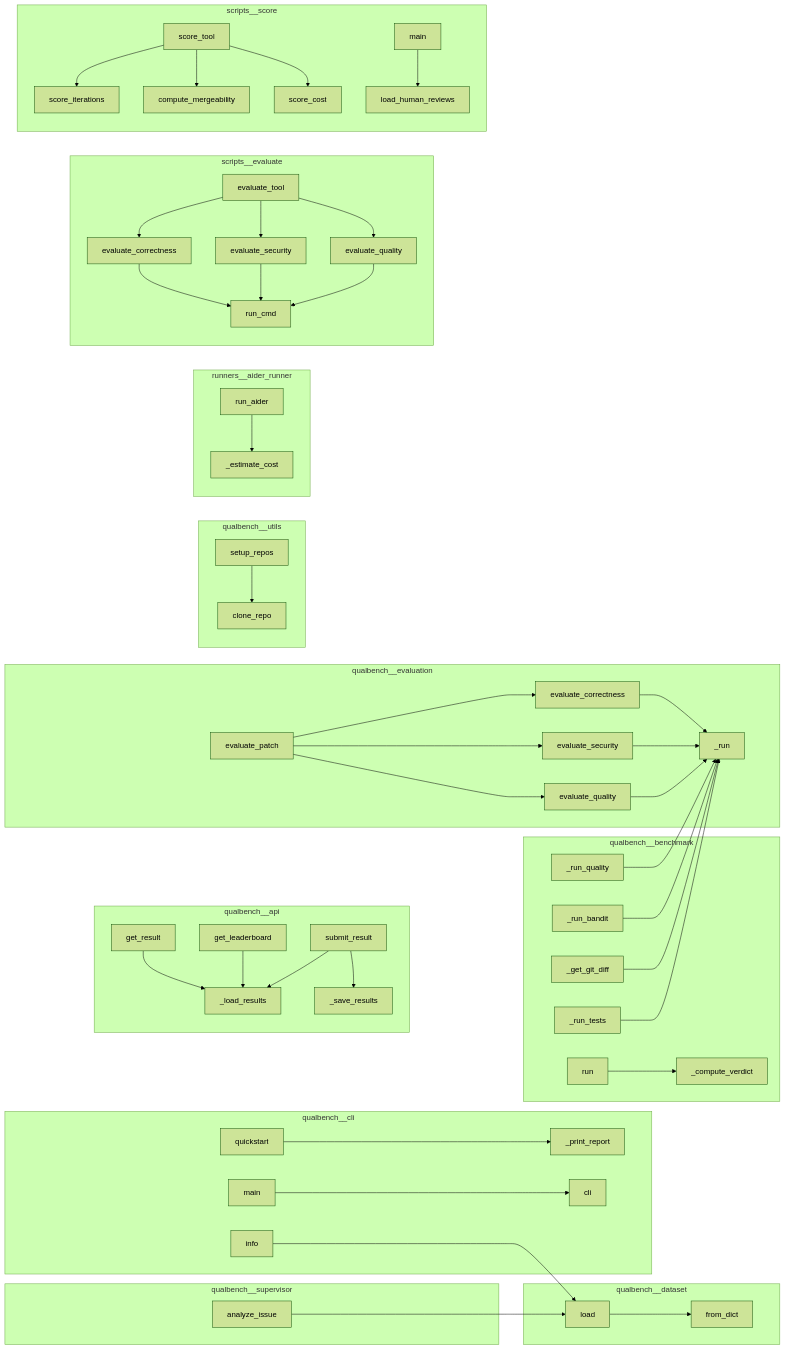
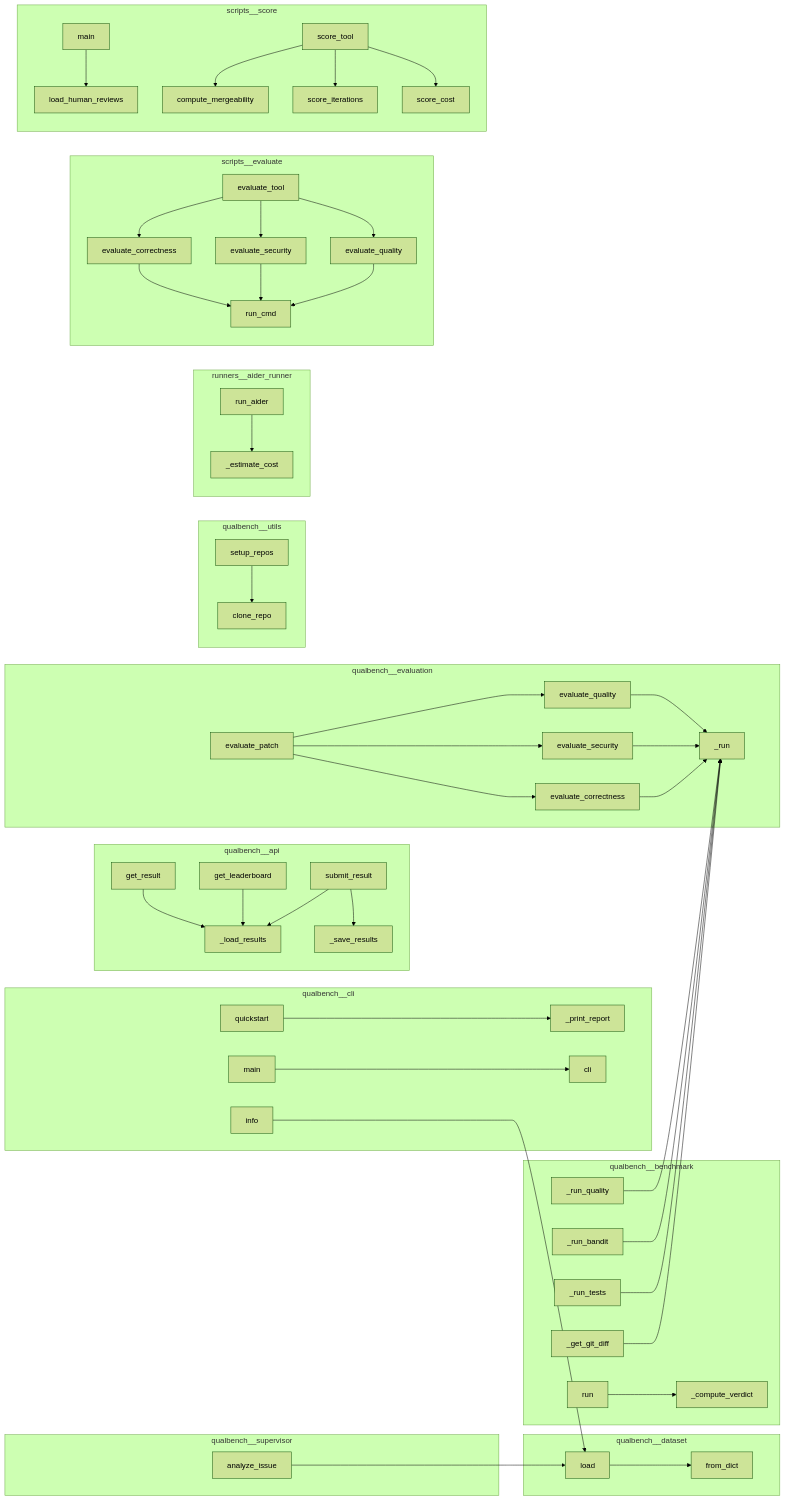
Before and after one commit to semcod/qualbench: the diagram in project/calls.mmd, drawn with Mermaid (forest theme). The commit also changed other lines of this file and 13 other files, not shown here.

```diff
--- a/project/calls.mmd
+++ b/project/calls.mmd
@@ -1,92 +1,92 @@
 flowchart LR
     subgraph qualbench__api
+        qualbench__api__get_leaderboard["get_leaderboard"]
         qualbench__api__get_result["get_result"]
-        qualbench__api__get_leaderboard["get_leaderboard"]
-        qualbench__api__submit_result["submit_result"]
         qualbench__api___load_results["_load_results"]
         qualbench__api___save_results["_save_results"]
+        qualbench__api__submit_result["submit_result"]
     end
     subgraph qualbench__benchmark
         qualbench__benchmark__QualBenchRunner___run_quality["_run_quality"]
         qualbench__benchmark__QualBenchRunner___run_bandit["_run_bandit"]
+        qualbench__benchmark__QualBenchRunner__run["run"]
+        qualbench__benchmark__QualBenchRunner___get_git_diff["_get_git_diff"]
         qualbench__benchmark___compute_verdict["_compute_verdict"]
-        qualbench__benchmark__QualBenchRunner___get_git_diff["_get_git_diff"]
         qualbench__benchmark__QualBenchRunner___run_tests["_run_tests"]
-        qualbench__benchmark__QualBenchRunner__run["run"]
     end
     subgraph qualbench__cli
+        qualbench__cli___print_report["_print_report"]
+        qualbench__cli__main["main"]
+        qualbench__cli__info["info"]
         qualbench__cli__quickstart["quickstart"]
         qualbench__cli__cli["cli"]
-        qualbench__cli__main["main"]
-        qualbench__cli__info["info"]
-        qualbench__cli___print_report["_print_report"]
     end
     subgraph qualbench__dataset
         qualbench__dataset__Issue__from_dict["from_dict"]
         qualbench__dataset__Dataset__load["load"]
     end
     subgraph qualbench__evaluation
-        qualbench__evaluation___run["_run"]
+        qualbench__evaluation__evaluate_security["evaluate_security"]
+        qualbench__evaluation__evaluate_correctness["evaluate_correctness"]
         qualbench__evaluation__evaluate_patch["evaluate_patch"]
         qualbench__evaluation__evaluate_quality["evaluate_quality"]
-        qualbench__evaluation__evaluate_security["evaluate_security"]
-        qualbench__evaluation__evaluate_correctness["evaluate_correctness"]
+        qualbench__evaluation___run["_run"]
     end
     subgraph qualbench__supervisor
         qualbench__supervisor__SupervisorAI__analyze_issue["analyze_issue"]
     end
     subgraph qualbench__utils
+        qualbench__utils__repos__setup_repos["setup_repos"]
         qualbench__utils__repos__clone_repo["clone_repo"]
-        qualbench__utils__repos__setup_repos["setup_repos"]
     end
     subgraph runners__aider_runner
+        runners__aider_runner__run_aider["run_aider"]
         runners__aider_runner___estimate_cost["_estimate_cost"]
-        runners__aider_runner__run_aider["run_aider"]
     end
     subgraph scripts__evaluate
-        scripts__evaluate__run_cmd["run_cmd"]
+        scripts__evaluate__evaluate_quality["evaluate_quality"]
         scripts__evaluate__evaluate_tool["evaluate_tool"]
-        scripts__evaluate__evaluate_quality["evaluate_quality"]
         scripts__evaluate__evaluate_security["evaluate_security"]
         scripts__evaluate__evaluate_correctness["evaluate_correctness"]
+        scripts__evaluate__run_cmd["run_cmd"]
     end
     subgraph scripts__score
+        scripts__score__load_human_reviews["load_human_reviews"]
+        scripts__score__main["main"]
+        scripts__score__score_tool["score_tool"]
+        scripts__score__compute_mergeability["compute_mergeability"]
+        scripts__score__score_cost["score_cost"]
         scripts__score__score_iterations["score_iterations"]
-        scripts__score__load_human_reviews["load_human_reviews"]
-        scripts__score__compute_mergeability["compute_mergeability"]
-        scripts__score__score_tool["score_tool"]
-        scripts__score__score_cost["score_cost"]
-        scripts__score__main["main"]
     end
     qualbench__cli__quickstart --> qualbench__cli___print_report
     qualbench__cli__info --> qualbench__dataset__Dataset__load
     qualbench__cli__main --> qualbench__cli__cli
-    qualbench__supervisor__SupervisorAI__analyze_issue --> qualbench__dataset__Dataset__load
+    qualbench__dataset__Dataset__load --> qualbench__dataset__Issue__from_dict
     qualbench__utils__repos__setup_repos --> qualbench__utils__repos__clone_repo
-    qualbench__dataset__Dataset__load --> qualbench__dataset__Issue__from_dict
     qualbench__evaluation__evaluate_correctness --> qualbench__evaluation___run
     qualbench__evaluation__evaluate_security --> qualbench__evaluation___run
     qualbench__evaluation__evaluate_quality --> qualbench__evaluation___run
     qualbench__evaluation__evaluate_patch --> qualbench__evaluation__evaluate_correctness
     qualbench__evaluation__evaluate_patch --> qualbench__evaluation__evaluate_security
     qualbench__evaluation__evaluate_patch --> qualbench__evaluation__evaluate_quality
+    qualbench__supervisor__SupervisorAI__analyze_issue --> qualbench__dataset__Dataset__load
     scripts__evaluate__evaluate_correctness --> scripts__evaluate__run_cmd
     scripts__evaluate__evaluate_security --> scripts__evaluate__run_cmd
     scripts__evaluate__evaluate_quality --> scripts__evaluate__run_cmd
     scripts__evaluate__evaluate_tool --> scripts__evaluate__evaluate_correctness
     scripts__evaluate__evaluate_tool --> scripts__evaluate__evaluate_security
     scripts__evaluate__evaluate_tool --> scripts__evaluate__evaluate_quality
     scripts__score__score_tool --> scripts__score__compute_mergeability
     scripts__score__score_tool --> scripts__score__score_iterations
     scripts__score__score_tool --> scripts__score__score_cost
     scripts__score__main --> scripts__score__load_human_reviews
     runners__aider_runner__run_aider --> runners__aider_runner___estimate_cost
     qualbench__benchmark__QualBenchRunner__run --> qualbench__benchmark___compute_verdict
     qualbench__benchmark__QualBenchRunner___get_git_diff --> qualbench__evaluation___run
     qualbench__benchmark__QualBenchRunner___run_tests --> qualbench__evaluation___run
     qualbench__benchmark__QualBenchRunner___run_bandit --> qualbench__evaluation___run
     qualbench__benchmark__QualBenchRunner___run_quality --> qualbench__evaluation___run
     qualbench__api__submit_result --> qualbench__api___load_results
     qualbench__api__submit_result --> qualbench__api___save_results
     qualbench__api__get_leaderboard --> qualbench__api___load_results
     qualbench__api__get_result --> qualbench__api___load_results
```
